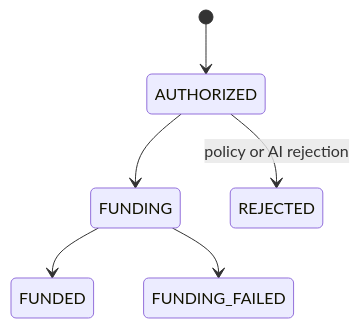
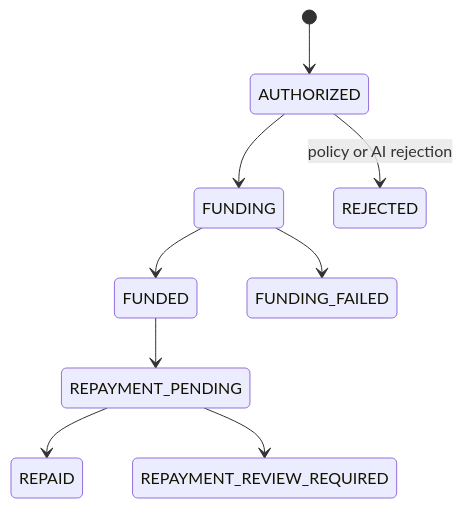
Before and after one commit to pleasebepatientihaveautism/unlockd.bond: the second of 2 diagrams in docs/ARCHITECTURE.md, drawn with Mermaid. The commit also changed other lines of this file and 27 other files, not shown here.

````diff
--- a/docs/ARCHITECTURE.md
+++ b/docs/ARCHITECTURE.md
@@ -42,8 +44,11 @@
 ```mermaid
 stateDiagram-v2
   [*] --> AUTHORIZED
   AUTHORIZED --> FUNDING
   FUNDING --> FUNDED
   FUNDING --> FUNDING_FAILED
+  FUNDED --> REPAYMENT_PENDING
+  REPAYMENT_PENDING --> REPAID
+  REPAYMENT_PENDING --> REPAYMENT_REVIEW_REQUIRED
   AUTHORIZED --> REJECTED: policy or AI rejection
 ```
````
